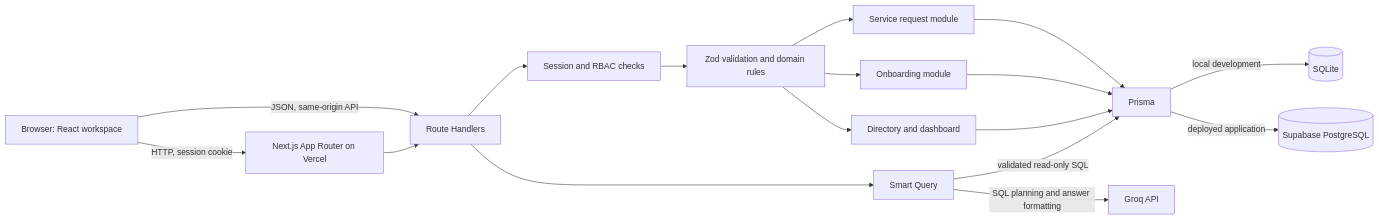
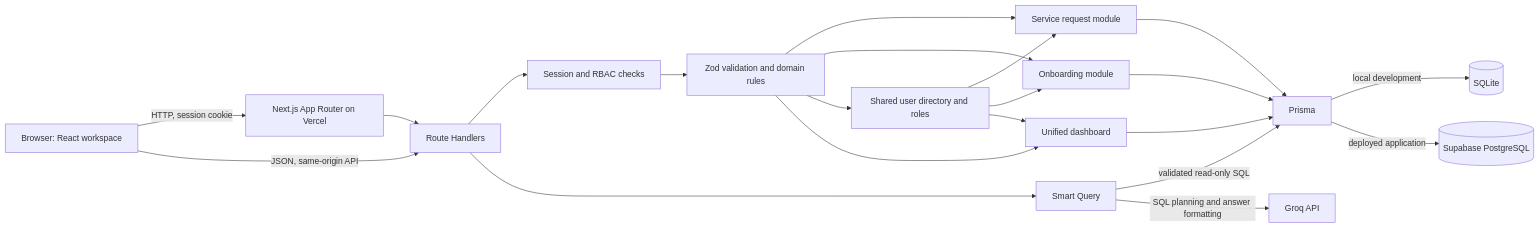
The diagram in ARCHITECTURE.md (Md-Emon-Hasan/hris-systems-developer-assessment), drawn with Mermaid before and after one commit. The commit also changed other lines of this file and 3 other files, not shown here.

````diff
--- a/ARCHITECTURE.md
+++ b/ARCHITECTURE.md
@@ -22,19 +22,23 @@
 ```mermaid
 flowchart LR
   U[Browser: React workspace] -->|HTTP, session cookie| N[Next.js App Router on Vercel]
   U -->|JSON, same-origin API| A[Route Handlers]
   N --> A
   A --> S[Session and RBAC checks]
   S --> V[Zod validation and domain rules]
   V --> R[Service request module]
   V --> O[Onboarding module]
-  V --> D[Directory and dashboard]
+  V --> ID[Shared user directory and roles]
+  V --> D[Unified dashboard]
+  ID --> R
+  ID --> O
+  ID --> D
   R --> P[Prisma]
   O --> P
   D --> P
   P -->|local development| DB[(SQLite)]
   P -->|deployed application| PG[(Supabase PostgreSQL)]
   A --> Q[Smart Query]
   Q -->|validated read-only SQL| P
   Q -->|SQL planning and answer formatting| G[Groq API]
 ```
````
